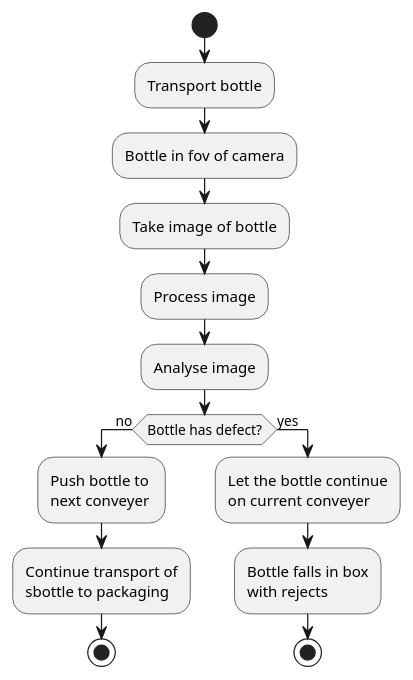
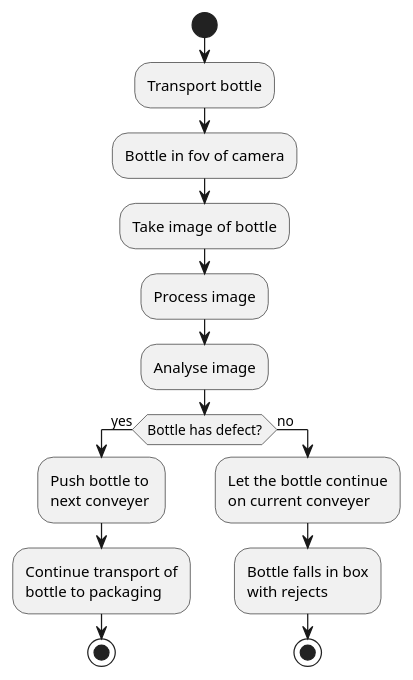
The diagram in src/FlowchartProces.md (Minau-ProjectAutomationGroup4/InlineQualityControl), drawn with PlantUML before and after one commit.

Commit message:
corrected mistake

````diff
--- a/src/FlowchartProces.md
+++ b/src/FlowchartProces.md
@@ -2,21 +2,21 @@
 ```plantuml
 @startuml Proces of Inline Quality Control
 Start
 :Transport bottle;
 :Bottle in fov of camera;
 :Take image of bottle;
 :Process image;
 :Analyse image;
-if (Bottle has defect?) then (no)
+if (Bottle has defect?) then (yes)
   :Push bottle to \nnext conveyer;
-  :Continue transport of\nsbottle to packaging;
+  :Continue transport of\nbottle to packaging;
   stop
-else (yes)
+else (no)
   :Let the bottle continue\non current conveyer;
   :Bottle falls in box\nwith rejects;
   stop
  
 
 
 @enduml
 ```
````
